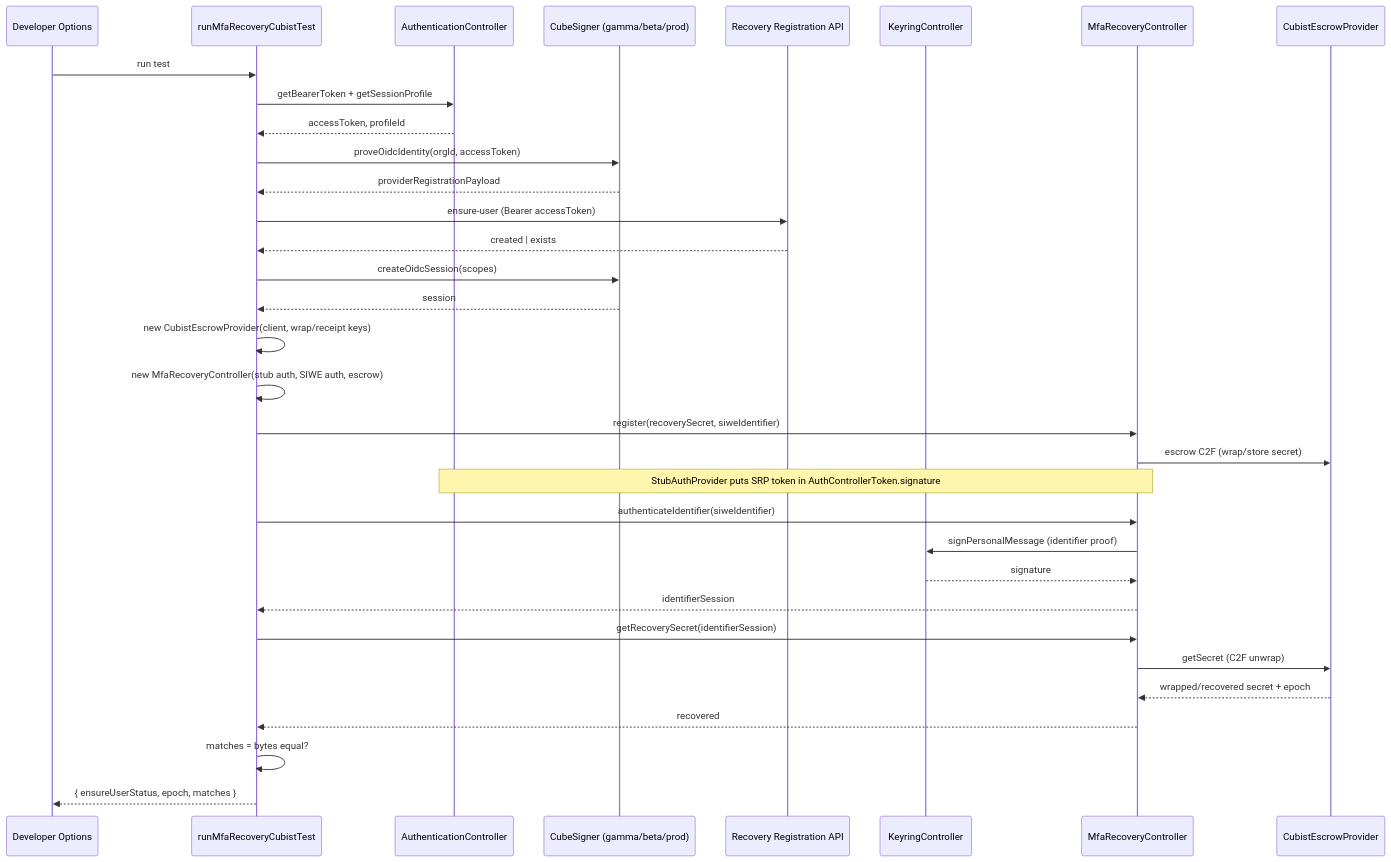
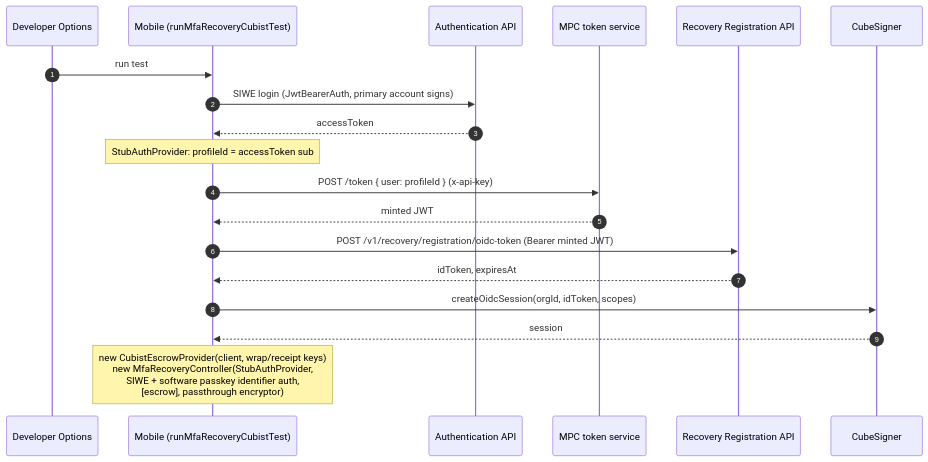
One commit to MetaMask/core changed the second of 4 diagrams in packages/mfa-recovery-controller/CUBIST_TEST_SEQUENCE.md. Above: the diagram before and after it, drawn with Mermaid. The commit also changed other lines of this file, not shown here.

First line of the commit message:
docs(mfa-recovery-controller): expand CUBIST_TEST_SEQUENCE.md with detailed integration test flow

````diff
--- a/packages/mfa-recovery-controller/CUBIST_TEST_SEQUENCE.md
+++ b/packages/mfa-recovery-controller/CUBIST_TEST_SEQUENCE.md
@@ -8,41 +61,22 @@
 ```mermaid
 sequenceDiagram
+  autonumber
   participant UI as Developer Options
-  participant Test as runMfaRecoveryCubistTest
-  participant Auth as AuthenticationController
-  participant Cubist as CubeSigner (gamma/beta/prod)
+  participant Mobile as Mobile (runMfaRecoveryCubistTest)
+  participant AuthAPI as Authentication API
+  participant Token as MPC token service
   participant Reg as Recovery Registration API
-  participant KC as KeyringController
-  participant Ctrl as MfaRecoveryController
-  participant Escrow as CubistEscrowProvider
+  participant Cubist as CubeSigner
 
-  UI->>Test: run test
-  Test->>Auth: getBearerToken + getSessionProfile
-  Auth-->>Test: accessToken, profileId
-
-  Test->>Cubist: proveOidcIdentity(orgId, accessToken)
-  Cubist-->>Test: providerRegistrationPayload
-  Test->>Reg: ensure-user (Bearer accessToken)
-  Reg-->>Test: created | exists
-
-  Test->>Cubist: createOidcSession(scopes)
-  Cubist-->>Test: session
-  Test->>Test: new CubistEscrowProvider(client, wrap/receipt keys)
-  Test->>Test: new MfaRecoveryController(stub auth, SIWE auth, escrow)
-
-  Test->>Ctrl: register(recoverySecret, siweIdentifier)
-  Ctrl->>Escrow: escrow C2F (wrap/store secret)
-  Note over Ctrl,Auth: StubAuthProvider puts SRP token in AuthControllerToken.signature
-
-  Test->>Ctrl: authenticateIdentifier(siweIdentifier)
-  Ctrl->>KC: signPersonalMessage (identifier proof)
-  KC-->>Ctrl: signature
-  Ctrl-->>Test: identifierSession
-
-  Test->>Ctrl: getRecoverySecret(identifierSession)
-  Ctrl->>Escrow: getSecret (C2F unwrap)
-  Escrow-->>Ctrl: wrapped/recovered secret + epoch
-  Ctrl-->>Test: recovered
-  Test->>Test: matches = bytes equal?
-  Test-->>UI: { ensureUserStatus, epoch, matches }
+  UI->>Mobile: run test
+  Mobile->>AuthAPI: SIWE login (JwtBearerAuth, primary account signs)
+  AuthAPI-->>Mobile: accessToken
+  Note over Mobile: StubAuthProvider: profileId = accessToken sub
+  Mobile->>Token: POST /token { user: profileId } (x-api-key)
+  Token-->>Mobile: minted JWT
+  Mobile->>Reg: POST /v1/recovery/registration/oidc-token (Bearer minted JWT)
+  Reg-->>Mobile: idToken, expiresAt
+  Mobile->>Cubist: createOidcSession(orgId, idToken, scopes)
+  Cubist-->>Mobile: session
+  Note over Mobile: new CubistEscrowProvider(client, wrap/receipt keys)<br/>new MfaRecoveryController(StubAuthProvider,<br/>SIWE + software passkey identifier auth,<br/>[escrow], passthrough encryptor)
 ```
````
